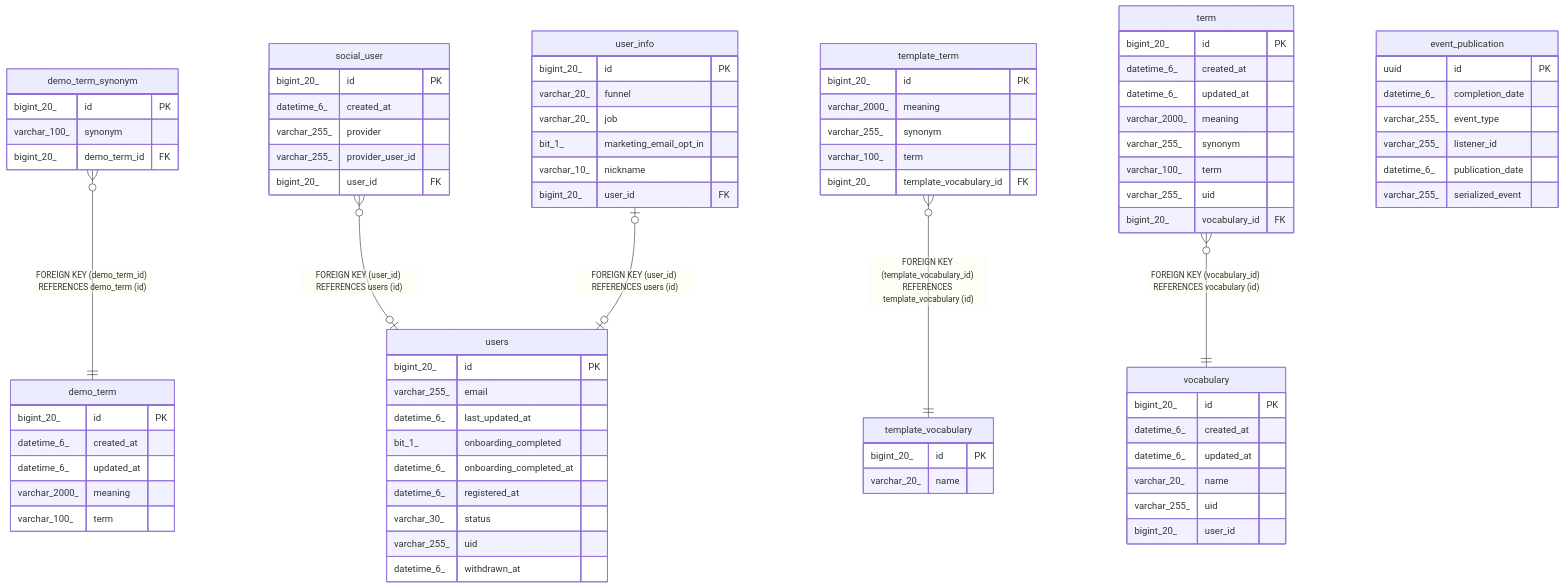
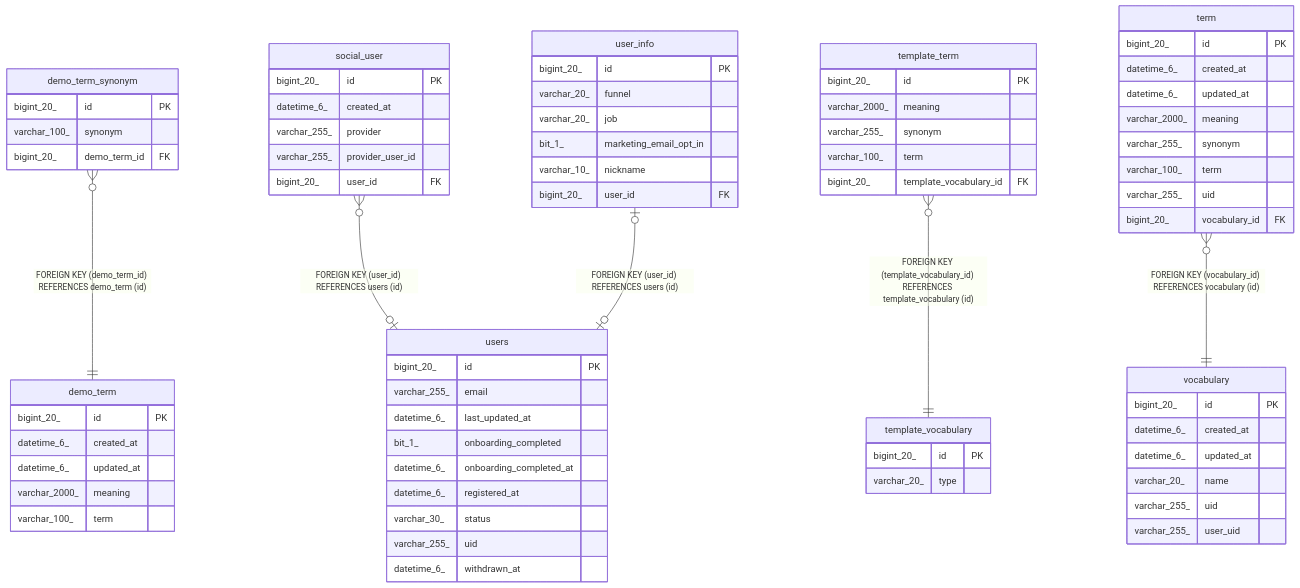
One commit to makevook/vook-server changed the diagram in docs/schema/README.md. Above: the diagram before and after it, drawn with Mermaid. The commit also changed other lines of this file and 8 other files, not shown here.

Commit message:
docs: schema 문서 업데이트 #153

````diff
--- a/docs/schema/README.md
+++ b/docs/schema/README.md
@@ -38,14 +37,6 @@
   varchar_100_ synonym
   bigint_20_ demo_term_id FK
 }
-"event_publication" {
-  uuid id PK
-  datetime_6_ completion_date
-  varchar_255_ event_type
-  varchar_255_ listener_id
-  datetime_6_ publication_date
-  varchar_255_ serialized_event
-}
 "social_user" {
   bigint_20_ id PK
   datetime_6_ created_at
@@ -62,7 +53,7 @@
 }
 "template_vocabulary" {
   bigint_20_ id PK
-  varchar_20_ name
+  varchar_20_ type
 }
 "term" {
   bigint_20_ id PK
@@ -99,6 +90,6 @@
   datetime_6_ updated_at
   varchar_20_ name
   varchar_255_ uid
-  bigint_20_ user_id
+  varchar_255_ user_uid
 }
 ```
````
